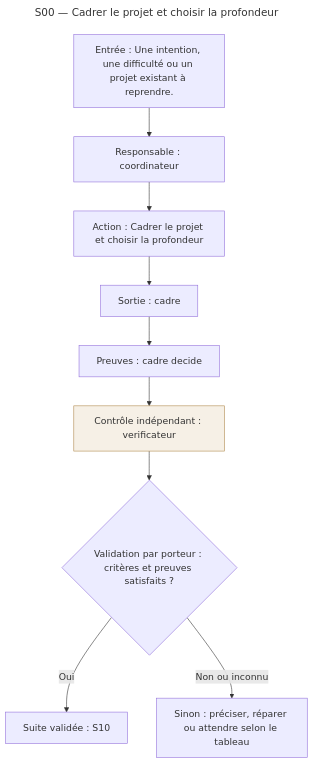
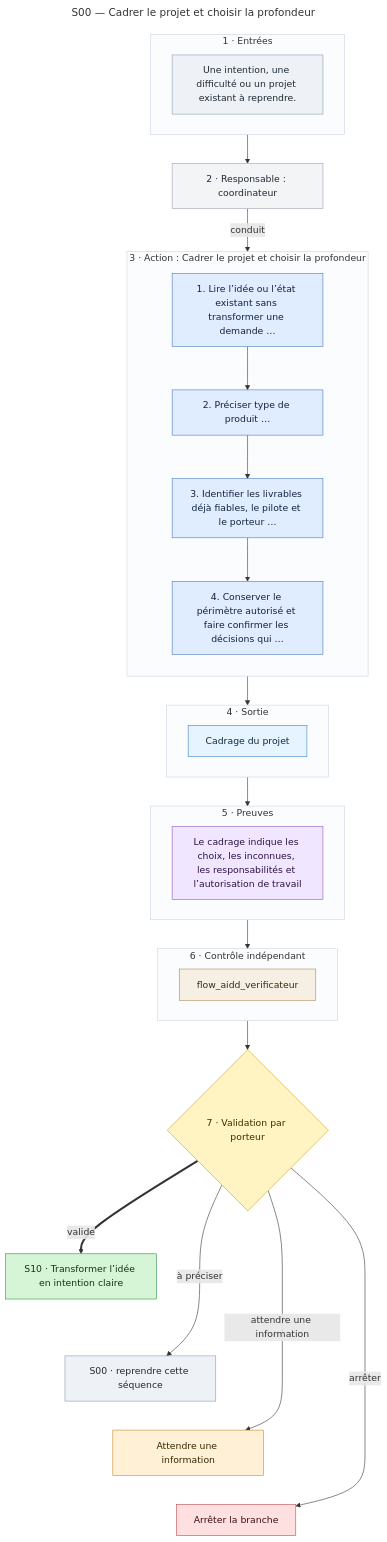
The second of 21 diagrams in docs/schemas/schemas.md (yanix2445/flow-aidd), drawn with Mermaid before and after one commit. The commit also changed other lines of this file and 23 other files, not shown here.

First line of the commit message:
docs(schemas): redraw Mermaid schemas with aidd-context:09-mermaid

````diff
--- a/docs/schemas/schemas.md
+++ b/docs/schemas/schemas.md
@@ -63,25 +128,74 @@
 ```mermaid
 ---
 title: "S00 — Cadrer le projet et choisir la profondeur"
 ---
 flowchart TB
-  Entree["Entrée : Une intention, une difficulté ou un projet existant à reprendre."]
-  Responsable["Responsable : coordinateur"]
-  Action["Action : Cadrer le projet et choisir la profondeur"]
-  Sortie["Sortie : cadre"]
-  Preuve["Preuves : cadre decide"]
-  Controle["Contrôle indépendant : verificateur"]
-  Validation{"Validation par porteur : critères et preuves satisfaits ?"}
-  Destination["Suite validée : S10"]
-  AutreIssue["Sinon : préciser, réparer ou attendre selon le tableau"]
-  Entree --> Responsable
-  Responsable --> Action
+  subgraph Entrees["1 · Entrées"]
+    EntreeIntention["Une intention, une difficulté ou un projet existant à reprendre."]
+  end
+  Responsable["2 · Responsable : coordinateur"]
+  subgraph Action["3 · Action : Cadrer le projet et choisir la profondeur"]
+    direction TB
+    Etape1["1. Lire l’idée ou l’état existant sans transformer une demande …"]
+    Etape2["2. Préciser type de produit …"]
+    Etape3["3. Identifier les livrables déjà fiables, le pilote et le porteur …"]
+    Etape4["4. Conserver le périmètre autorisé et faire confirmer les décisions qui …"]
+  end
+  subgraph Sortie["4 · Sortie"]
+    SortieCadre["Cadrage du projet"]
+  end
+  subgraph Preuves["5 · Preuves"]
+    PreuveCadreDecide["Le cadrage indique les choix, les inconnues, les responsabilités et l’autorisation de travail"]
+  end
+  subgraph Controle["6 · Contrôle indépendant"]
+    AgentVerificateur["flow_aidd_verificateur"]
+  end
+  Validation{"7 · Validation par porteur"}
+  VersS10["S10 · Transformer l’idée en intention claire"]
+  VersS00["S00 · reprendre cette séquence"]
+  VersWAIT_INFO["Attendre une information"]
+  VersSTOP["Arrêter la branche"]
+  Entrees --> Responsable
+  Responsable -- "conduit" --> Action
+  Etape1 --> Etape2
+  Etape2 --> Etape3
+  Etape3 --> Etape4
   Action --> Sortie
-  Sortie --> Preuve
-  Preuve --> Controle
+  Sortie --> Preuves
+  Preuves --> Controle
   Controle --> Validation
-  Validation -- "Oui" --> Destination
-  Validation -- "Non ou inconnu" --> AutreIssue
-  classDef controle fill:#f6f0e6,stroke:#b08a4f
-  class Controle controle
+  VersS10 ~~~ VersS00
+  VersS00 ~~~ VersWAIT_INFO
+  VersWAIT_INFO ~~~ VersSTOP
+  Validation == "valide" ==> VersS10
+  Validation -- "à préciser" --> VersS00
+  Validation -- "attendre une information" --> VersWAIT_INFO
+  Validation -- "arrêter" --> VersSTOP
+  classDef entree fill:#eef2f7,stroke:#8a9bb0,color:#1f2933
+  classDef responsable fill:#f3f4f6,stroke:#9ca3af,color:#1f2933
+  classDef etape fill:#e0ecff,stroke:#4a78c2,color:#10243f
+  classDef sortie fill:#e6f4ff,stroke:#3b82c4,color:#0b2a44
+  classDef preuve fill:#f1e6ff,stroke:#8b5cc7,color:#2b1247
+  classDef controle fill:#f6efe3,stroke:#b08a4f,color:#3a2a10
+  classDef validation fill:#fff4c2,stroke:#c9a227,color:#3a2e00
+  classDef ok fill:#d6f5d6,stroke:#2f8f46,color:#0d3318
+  classDef retour fill:#eef2f7,stroke:#8a9bb0,color:#1f2933
+  classDef attente fill:#fff0d6,stroke:#c98a2b,color:#3a2600
+  classDef stop fill:#ffe0e0,stroke:#c24a4a,color:#3d0f0f
+  class EntreeIntention entree
+  class Responsable responsable
+  class Etape1,Etape2,Etape3,Etape4 etape
+  class SortieCadre sortie
+  class PreuveCadreDecide preuve
+  class AgentVerificateur controle
+  class Validation validation
+  class VersS10 ok
+  class VersS00 retour
+  class VersWAIT_INFO attente
+  class VersSTOP stop
+  style Entrees fill:#fbfcfe,stroke:#cbd5e1
+  style Action fill:#fbfcfe,stroke:#cbd5e1
+  style Sortie fill:#fbfcfe,stroke:#cbd5e1
+  style Preuves fill:#fbfcfe,stroke:#cbd5e1
+  style Controle fill:#fbfcfe,stroke:#cbd5e1
 ```
````
